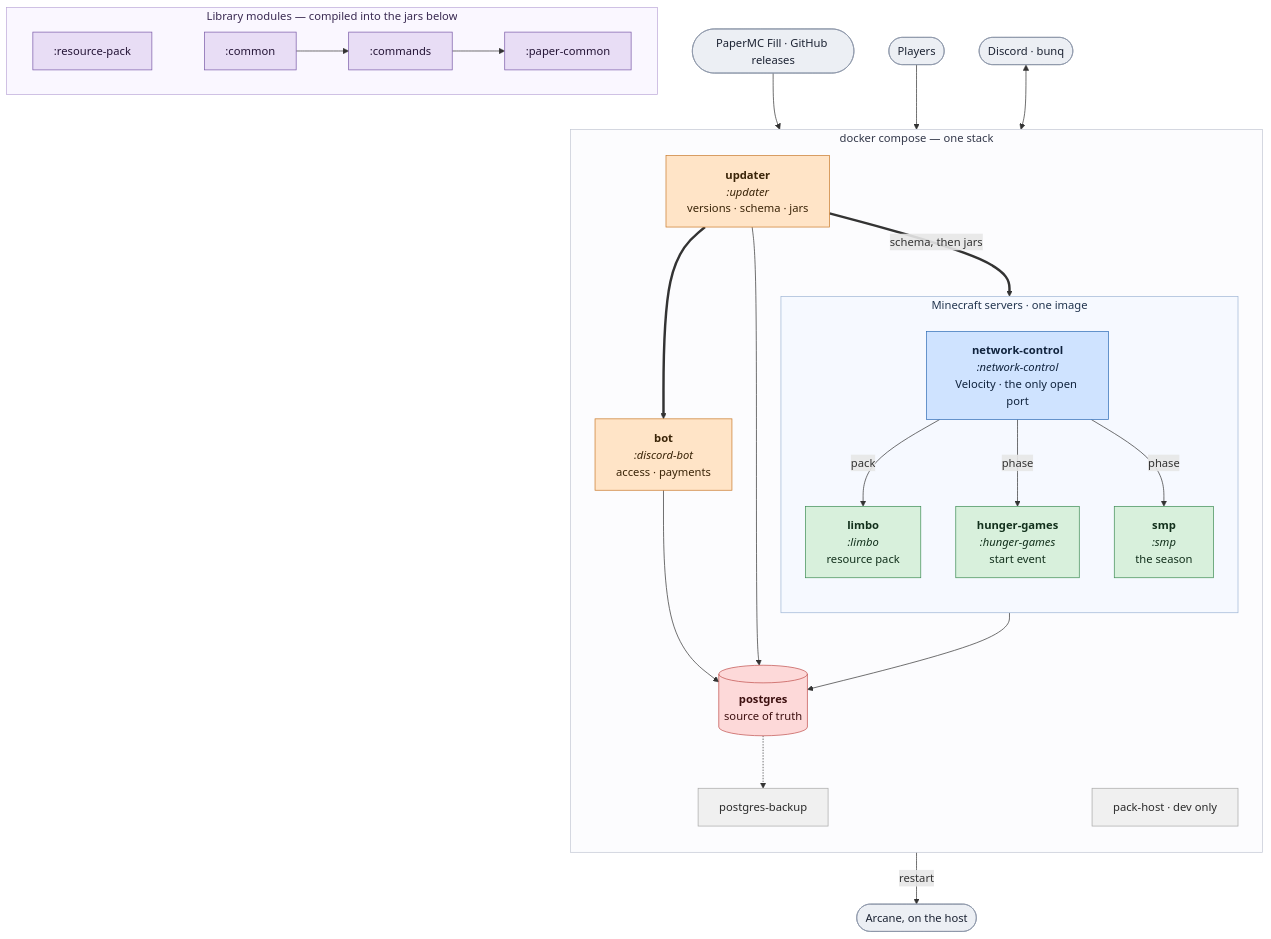
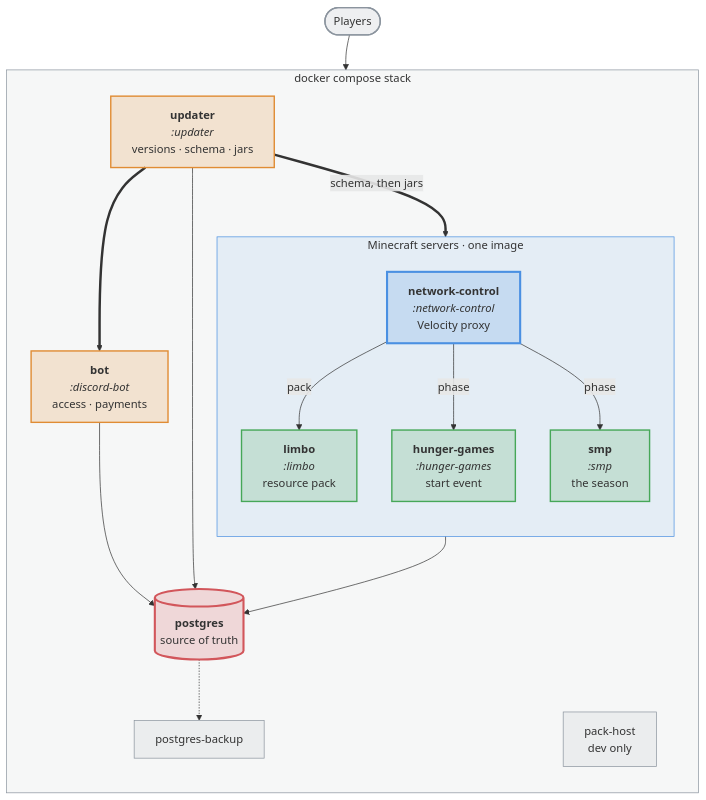
The diagram in README.md (nordtal/season-2), drawn with Mermaid before and after one commit. The commit also changed other lines of this file, not shown here.

Commit message:
docs: make the readme diagram readable in both github themes

````diff
--- a/README.md
+++ b/README.md
@@ -12,50 +12,41 @@
 ```mermaid
+%%{init: {'themeVariables': {'fontSize': '16px'}}}%%
 flowchart TB
-    subgraph libs["Library modules — compiled into the jars below"]
-        direction LR
-        PACK[":resource-pack"]:::lib
-        COMMON[":common"]:::lib --> COMMANDS[":commands"]:::lib --> PCOMMON[":paper-common"]:::lib
-        PACK ~~~ COMMON
-    end
+    players(["Players"]):::ext --> NC
 
-    subgraph stack["docker compose — one stack"]
+    subgraph stack["docker compose stack"]
         direction TB
         UPD["<b>updater</b><br/><i>:updater</i><br/>versions · schema · jars"]:::app
         subgraph servers["Minecraft servers · one image"]
             direction TB
-            NC["<b>network-control</b><br/><i>:network-control</i><br/>Velocity · the only open port"]:::proxy
+            NC["<b>network-control</b><br/><i>:network-control</i><br/>Velocity proxy"]:::proxy
             LIMBO["<b>limbo</b><br/><i>:limbo</i><br/>resource pack"]:::paper
             HG["<b>hunger-games</b><br/><i>:hunger-games</i><br/>start event"]:::paper
             SMP["<b>smp</b><br/><i>:smp</i><br/>the season"]:::paper
         end
         BOT["<b>bot</b><br/><i>:discord-bot</i><br/>access · payments"]:::app
         PG[("<b>postgres</b><br/>source of truth")]:::db
         BACKUP["postgres-backup"]:::side
-        PACKHOST["pack-host · dev only"]:::side
+        PACKHOST["pack-host<br/>dev only"]:::side
     end
 
-    upstream(["PaperMC Fill · GitHub releases"]):::ext --> UPD
-    UPD -->|"restart"| arcane(["Arcane, on the host"]):::ext
+    players ~~~ UPD
     UPD ==>|"schema, then jars"| servers
     UPD ==> BOT
-    players(["Players"]):::ext --> NC
     NC -->|"pack"| LIMBO
     NC -->|"phase"| HG
     NC -->|"phase"| SMP
-    discord(["Discord · bunq"]):::ext <--> BOT
     servers --> PG
     BOT --> PG
     UPD --> PG
     PG -.-> BACKUP
 
-    classDef ext fill:#eceff4,stroke:#8b96a8,color:#1c2333
-    classDef proxy fill:#cfe3ff,stroke:#2f6db5,color:#10233d
-    classDef paper fill:#d8f0dc,stroke:#3f8d55,color:#12301c
-    classDef app fill:#ffe4c7,stroke:#c97a2a,color:#3a2408
-    classDef db fill:#fdd9d9,stroke:#c0504d,color:#3d1010
-    classDef side fill:#f0f0f0,stroke:#a8a8a8,color:#2b2b2b
-    classDef lib fill:#e8ddf5,stroke:#7a5aa8,color:#241436
-    style stack fill:#fcfcfe,stroke:#c3c8d4,color:#33384a
-    style servers fill:#f6f9ff,stroke:#9fb6d6,color:#22354f
-    style libs fill:#faf7ff,stroke:#bda9d9,color:#3a2a52
+    classDef ext fill:#8b949e26,stroke:#8b949e,stroke-width:2px
+    classDef proxy fill:#4a90e233,stroke:#4a90e2,stroke-width:3px
+    classDef paper fill:#46a75833,stroke:#46a758,stroke-width:2px
+    classDef app fill:#e08c3433,stroke:#e08c34,stroke-width:2px
+    classDef db fill:#d2565b33,stroke:#d2565b,stroke-width:3px
+    classDef side fill:#8b949e1a,stroke:#8b949e,stroke-width:1px
+    style stack fill:#8b949e14,stroke:#8b949e,stroke-width:1px
+    style servers fill:#4a90e21a,stroke:#4a90e2,stroke-width:1px
 ```
````
